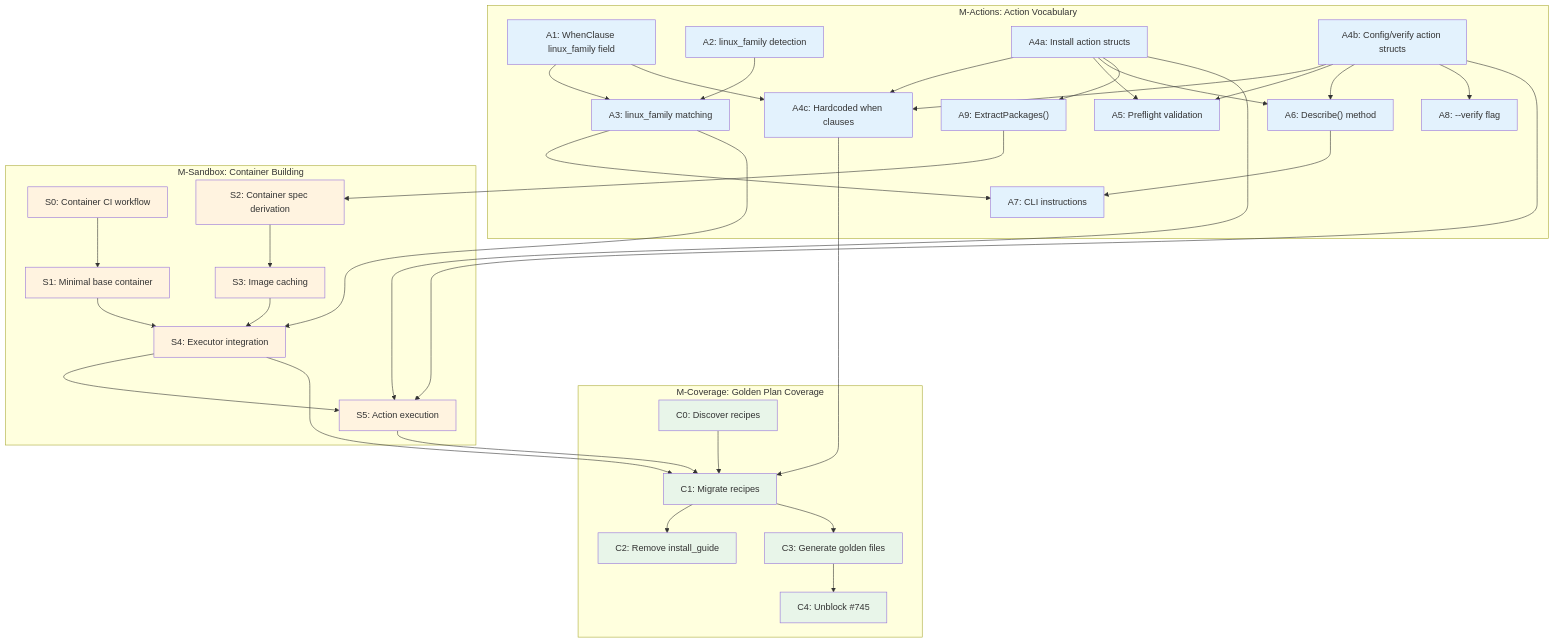
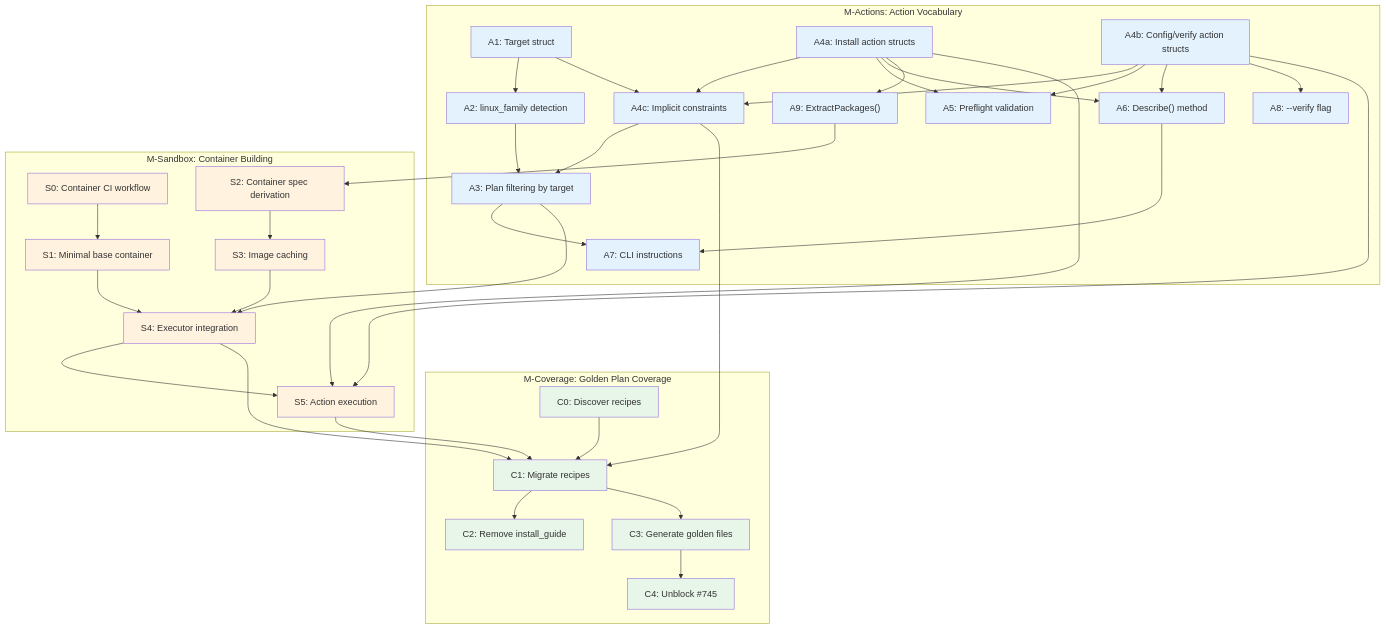
One commit to tsukumogami/tsuku changed the diagram in wip/plan-outline.md. Above: the diagram before and after it, drawn with Mermaid. The commit also changed other lines of this file, not shown here.

First line of the commit message:
docs: align plan-outline with targeting model

````diff
--- a/wip/plan-outline.md
+++ b/wip/plan-outline.md
@@ -650,76 +658,77 @@
 ```mermaid
 graph TD
     subgraph Actions["M-Actions: Action Vocabulary"]
-        A1["A1: WhenClause linux_family field"]
+        A1["A1: Target struct"]
         A2["A2: linux_family detection"]
-        A3["A3: linux_family matching"]
+        A3["A3: Plan filtering by target"]
         A4a["A4a: Install action structs"]
         A4b["A4b: Config/verify action structs"]
-        A4c["A4c: Hardcoded when clauses"]
+        A4c["A4c: Implicit constraints"]
         A5["A5: Preflight validation"]
         A6["A6: Describe() method"]
         A7["A7: CLI instructions"]
         A8["A8: --verify flag"]
         A9["A9: ExtractPackages()"]
     end
 
     subgraph Sandbox["M-Sandbox: Container Building"]
         S0["S0: Container CI workflow"]
         S1["S1: Minimal base container"]
         S2["S2: Container spec derivation"]
         S3["S3: Image caching"]
         S4["S4: Executor integration"]
         S5["S5: Action execution"]
     end
 
     subgraph Coverage["M-Coverage: Golden Plan Coverage"]
         C0["C0: Discover recipes"]
         C1["C1: Migrate recipes"]
         C2["C2: Remove install_guide"]
         C3["C3: Generate golden files"]
         C4["C4: Unblock #745"]
     end
 
     %% M-Actions internal
-    A1 --> A3
-    A2 --> A3
+    A1 --> A2
     A1 --> A4c
     A4a --> A4c
     A4b --> A4c
+    A2 --> A3
+    A4c --> A3
     A4a --> A5
     A4b --> A5
     A4a --> A6
     A4b --> A6
     A3 --> A7
     A6 --> A7
     A4b --> A8
     A4a --> A9
 
     %% M-Actions to M-Sandbox
     A9 --> S2
     S0 --> S1
     S2 --> S3
     S3 --> S4
     S1 --> S4
     A3 --> S4
     A4a --> S5
     A4b --> S5
     S4 --> S5
 
     %% M-Sandbox to M-Coverage
     C0 --> C1
     S4 --> C1
     S5 --> C1
     A4c --> C1
     C1 --> C2
     C1 --> C3
     C3 --> C4
 
     classDef actions fill:#e3f2fd
     classDef sandbox fill:#fff3e0
     classDef coverage fill:#e8f5e9
 
     class A1,A2,A3,A4a,A4b,A4c,A5,A6,A7,A8,A9 actions
     class S0,S1,S2,S3,S4,S5 sandbox
     class C0,C1,C2,C3,C4 coverage
 ```
````
